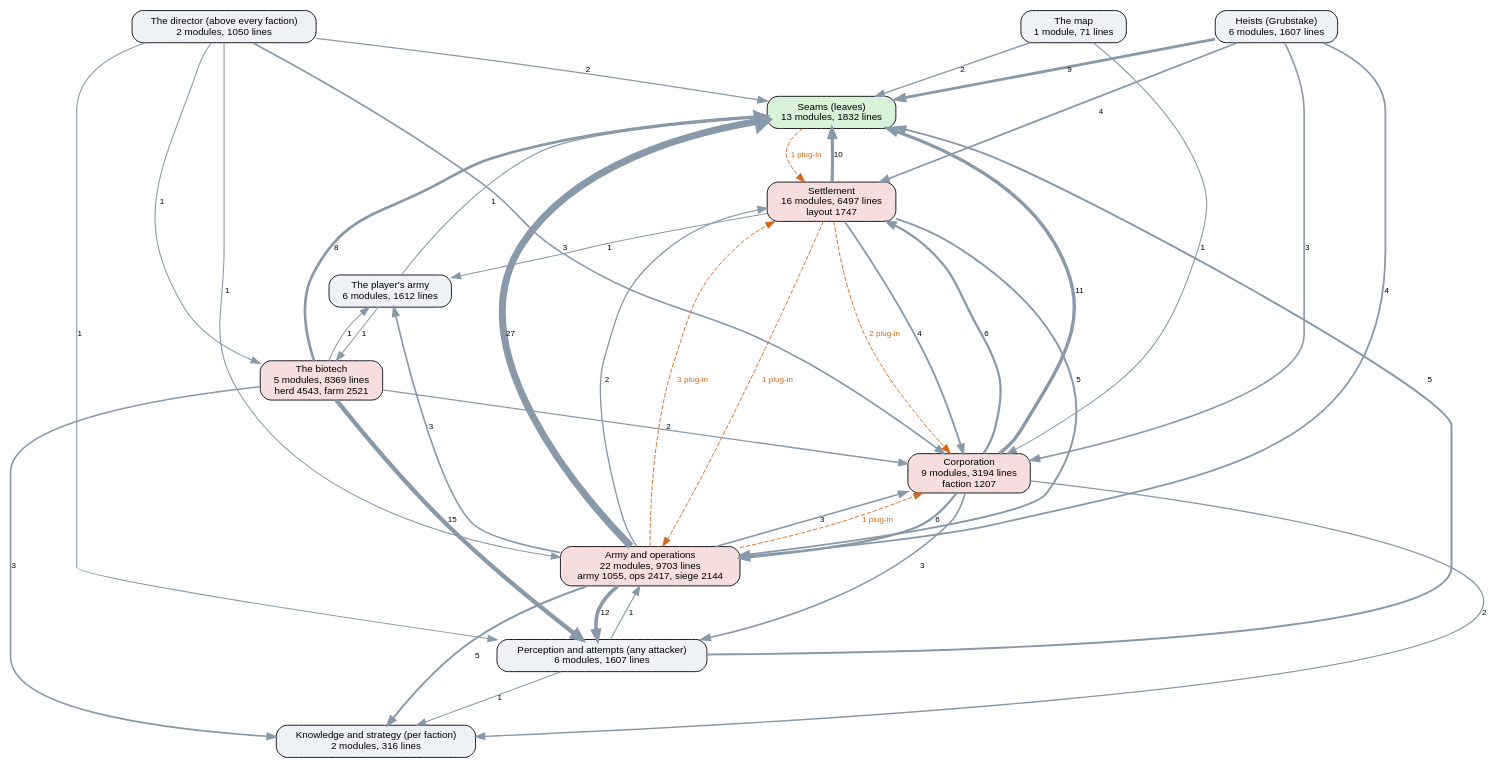
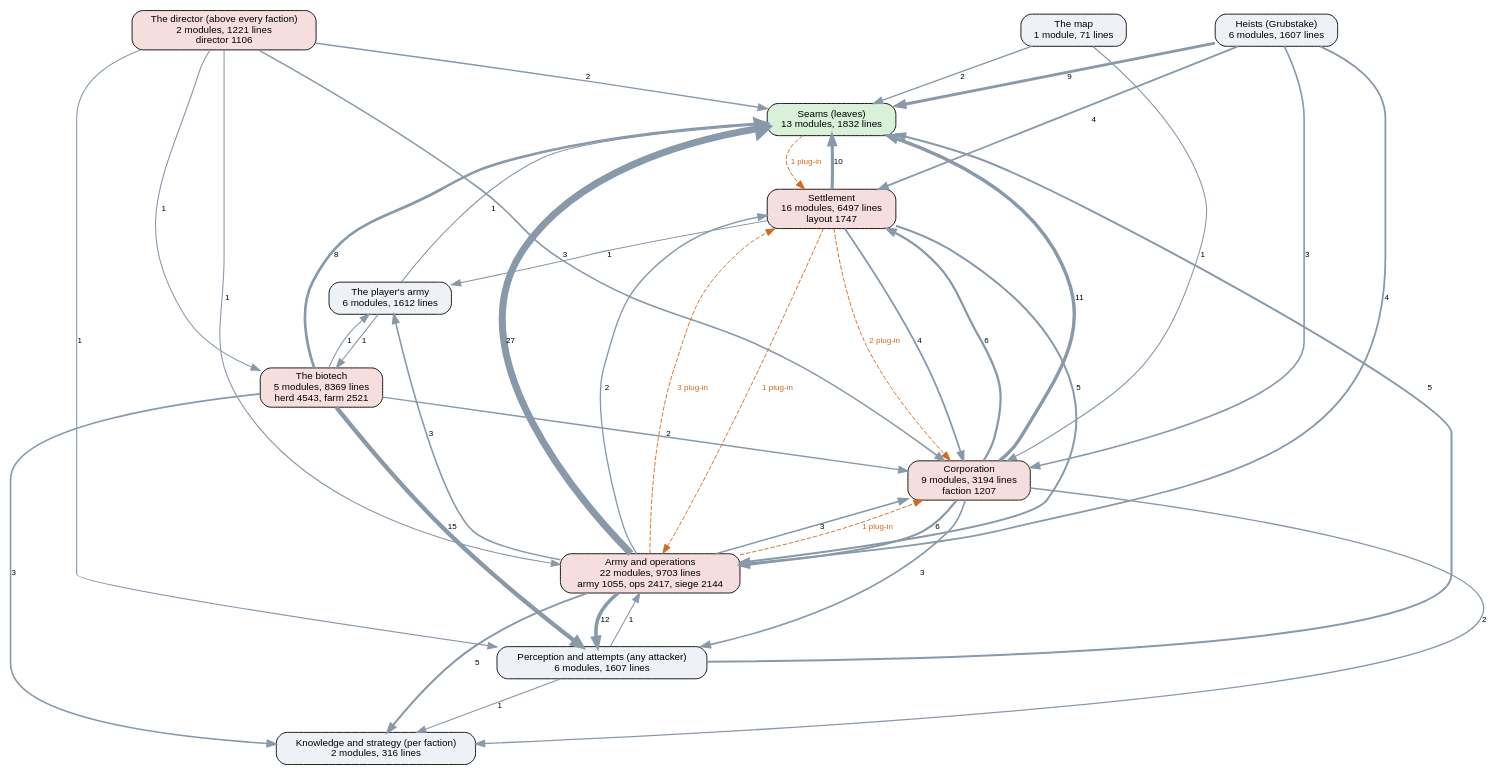
The diagram in docs/ai-layers.dot (kinelhu/landing-party), drawn with Graphviz before and after one commit. The commit also changed 13 other files, not shown here.

```diff
--- a/docs/ai-layers.dot
+++ b/docs/ai-layers.dot
@@ -1,57 +1,57 @@
 digraph layers {
   graph [rankdir=TB, fontname="Helvetica", nodesep=0.5, ranksep=0.7];
   node [shape=box, style="rounded,filled", fontname="Helvetica", fontsize=11, fillcolor="#eef2f7"];
   edge [color="#8899aa", fontname="Helvetica", fontsize=9];
   "Seams (leaves)" [label="Seams (leaves)\n13 modules, 1832 lines", fillcolor="#d9f0d9"];
   "Perception and attempts (any attacker)" [label="Perception and attempts (any attacker)\n6 modules, 1607 lines", fillcolor="#eef2f7"];
   "Knowledge and strategy (per faction)" [label="Knowledge and strategy (per faction)\n2 modules, 316 lines", fillcolor="#eef2f7"];
-  "The director (above every faction)" [label="The director (above every faction)\n2 modules, 1050 lines", fillcolor="#eef2f7"];
+  "The director (above every faction)" [label="The director (above every faction)\n2 modules, 1221 lines\ndirector 1106", fillcolor="#f7dede"];
   "Corporation" [label="Corporation\n9 modules, 3194 lines\nfaction 1207", fillcolor="#f7dede"];
   "Settlement" [label="Settlement\n16 modules, 6497 lines\nlayout 1747", fillcolor="#f7dede"];
   "Army and operations" [label="Army and operations\n22 modules, 9703 lines\narmy 1055, ops 2417, siege 2144", fillcolor="#f7dede"];
   "Heists (Grubstake)" [label="Heists (Grubstake)\n6 modules, 1607 lines", fillcolor="#eef2f7"];
   "The biotech" [label="The biotech\n5 modules, 8369 lines\nherd 4543, farm 2521", fillcolor="#f7dede"];
   "The map" [label="The map\n1 module, 71 lines", fillcolor="#eef2f7"];
   "The player's army" [label="The player's army\n6 modules, 1612 lines", fillcolor="#eef2f7"];
   "Army and operations" -> "Corporation" [label="3", penwidth=1.8];
   "Army and operations" -> "Knowledge and strategy (per faction)" [label="5", penwidth=2.2];
   "Army and operations" -> "Perception and attempts (any attacker)" [label="12", penwidth=4.0];
   "Army and operations" -> "Seams (leaves)" [label="27", penwidth=7.8];
   "Army and operations" -> "Settlement" [label="2", penwidth=1.5];
   "Army and operations" -> "The player's army" [label="3", penwidth=1.8];
   "Corporation" -> "Army and operations" [label="6", penwidth=2.5];
   "Corporation" -> "Knowledge and strategy (per faction)" [label="2", penwidth=1.5];
   "Corporation" -> "Perception and attempts (any attacker)" [label="3", penwidth=1.8];
   "Corporation" -> "Seams (leaves)" [label="11", penwidth=3.8];
   "Corporation" -> "Settlement" [label="6", penwidth=2.5];
   "Heists (Grubstake)" -> "Army and operations" [label="4", penwidth=2.0];
   "Heists (Grubstake)" -> "Corporation" [label="3", penwidth=1.8];
   "Heists (Grubstake)" -> "Seams (leaves)" [label="9", penwidth=3.2];
   "Heists (Grubstake)" -> "Settlement" [label="4", penwidth=2.0];
   "Perception and attempts (any attacker)" -> "Army and operations" [label="1", penwidth=1.2];
   "Perception and attempts (any attacker)" -> "Knowledge and strategy (per faction)" [label="1", penwidth=1.2];
   "Perception and attempts (any attacker)" -> "Seams (leaves)" [label="5", penwidth=2.2];
   "Settlement" -> "Army and operations" [label="5", penwidth=2.2];
   "Settlement" -> "Corporation" [label="4", penwidth=2.0];
   "Settlement" -> "Seams (leaves)" [label="10", penwidth=3.5];
   "Settlement" -> "The player's army" [label="1", penwidth=1.2];
   "The biotech" -> "Corporation" [label="2", penwidth=1.5];
   "The biotech" -> "Knowledge and strategy (per faction)" [label="3", penwidth=1.8];
   "The biotech" -> "Perception and attempts (any attacker)" [label="15", penwidth=4.8];
   "The biotech" -> "Seams (leaves)" [label="8", penwidth=3.0];
   "The biotech" -> "The player's army" [label="1", penwidth=1.2];
   "The director (above every faction)" -> "Army and operations" [label="1", penwidth=1.2];
   "The director (above every faction)" -> "Corporation" [label="3", penwidth=1.8];
   "The director (above every faction)" -> "Perception and attempts (any attacker)" [label="1", penwidth=1.2];
   "The director (above every faction)" -> "Seams (leaves)" [label="2", penwidth=1.5];
   "The director (above every faction)" -> "The biotech" [label="1", penwidth=1.2];
   "The map" -> "Corporation" [label="1", penwidth=1.2];
   "The map" -> "Seams (leaves)" [label="2", penwidth=1.5];
   "The player's army" -> "Seams (leaves)" [label="1", penwidth=1.2];
   "The player's army" -> "The biotech" [label="1", penwidth=1.2];
   "Army and operations" -> "Corporation" [style=dashed, color="#d2691e", fontcolor="#d2691e", label="1 plug-in"];
   "Army and operations" -> "Settlement" [style=dashed, color="#d2691e", fontcolor="#d2691e", label="3 plug-in"];
   "Seams (leaves)" -> "Settlement" [style=dashed, color="#d2691e", fontcolor="#d2691e", label="1 plug-in"];
   "Settlement" -> "Army and operations" [style=dashed, color="#d2691e", fontcolor="#d2691e", label="1 plug-in"];
   "Settlement" -> "Corporation" [style=dashed, color="#d2691e", fontcolor="#d2691e", label="2 plug-in"];
 }
```
